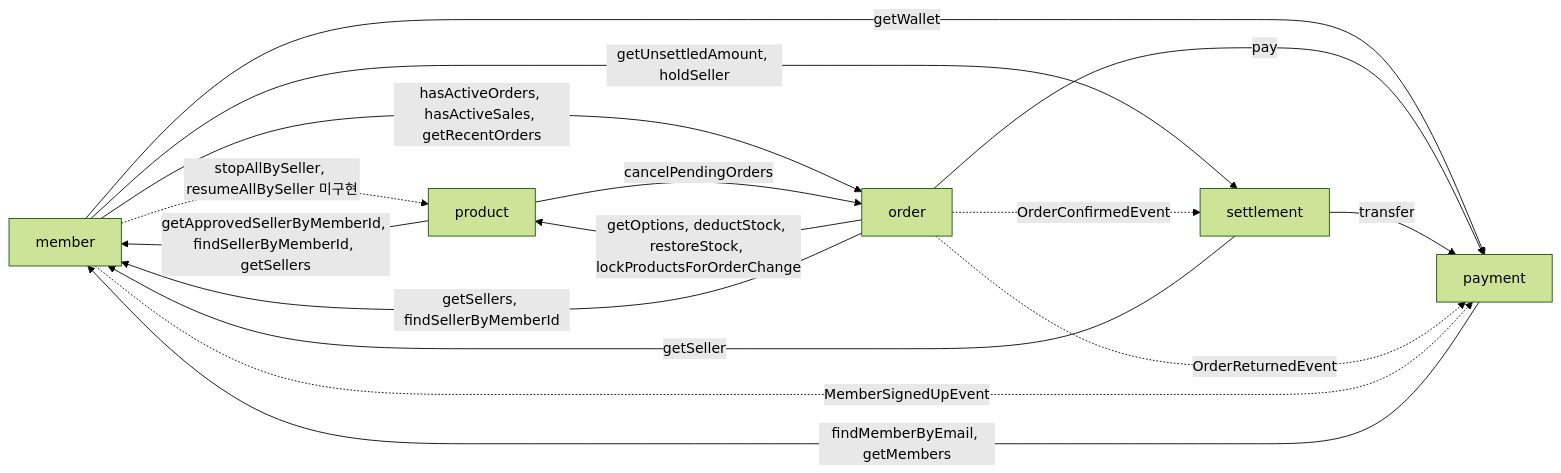
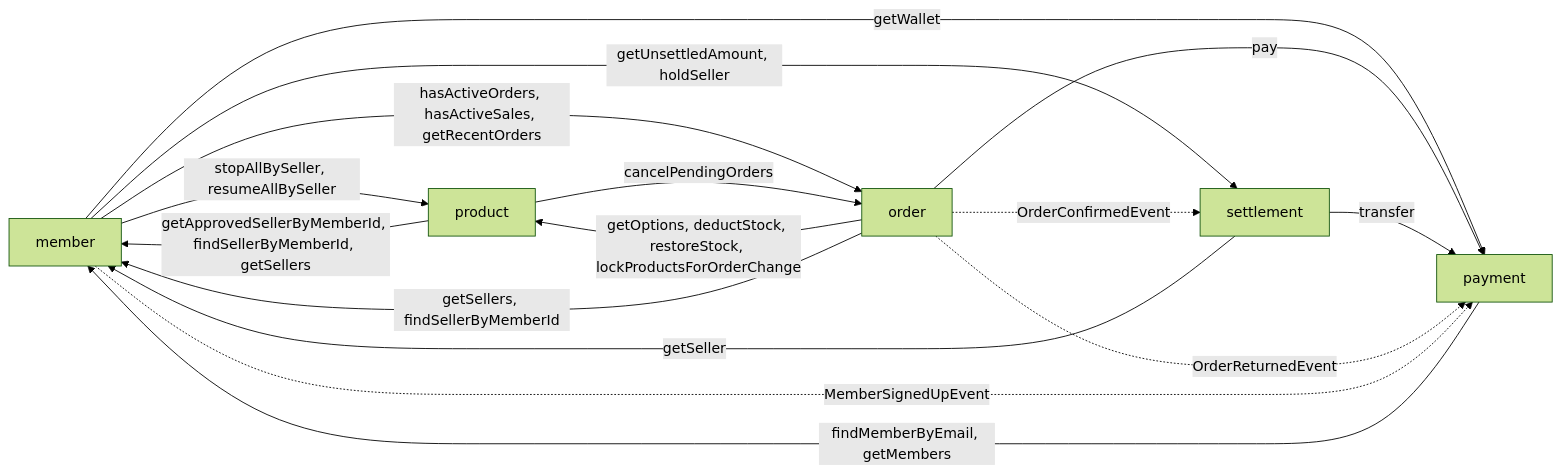
Before and after one commit to prgrms-be-adv-devcourse/beadv8_2_TRSS_BE: the diagram in docs/palette_development_guide.md, drawn with Mermaid (forest theme). The commit also changed 3 other files, not shown here.

````diff
--- a/docs/palette_development_guide.md
+++ b/docs/palette_development_guide.md
@@ -143,18 +143,18 @@
 ```mermaid
 flowchart LR
     member -->|getWallet| payment
-    member -.->|stopAllBySeller, resumeAllBySeller 미구현| product
+    member -->|stopAllBySeller, resumeAllBySeller| product
     member -->|hasActiveOrders, hasActiveSales, getRecentOrders| order
     member -->|getUnsettledAmount, holdSeller| settlement
     product -->|getApprovedSellerByMemberId, findSellerByMemberId, getSellers| member
     product -->|cancelPendingOrders| order
     order -->|getOptions, deductStock, restoreStock, lockProductsForOrderChange| product
     order -->|pay| payment
     order -->|getSellers, findSellerByMemberId| member
     settlement -->|transfer| payment
     settlement -->|getSeller| member
     payment -->|findMemberByEmail, getMembers| member
     order -. OrderReturnedEvent .-> payment
     order -. OrderConfirmedEvent .-> settlement
     member -. MemberSignedUpEvent .-> payment
 ```
````
